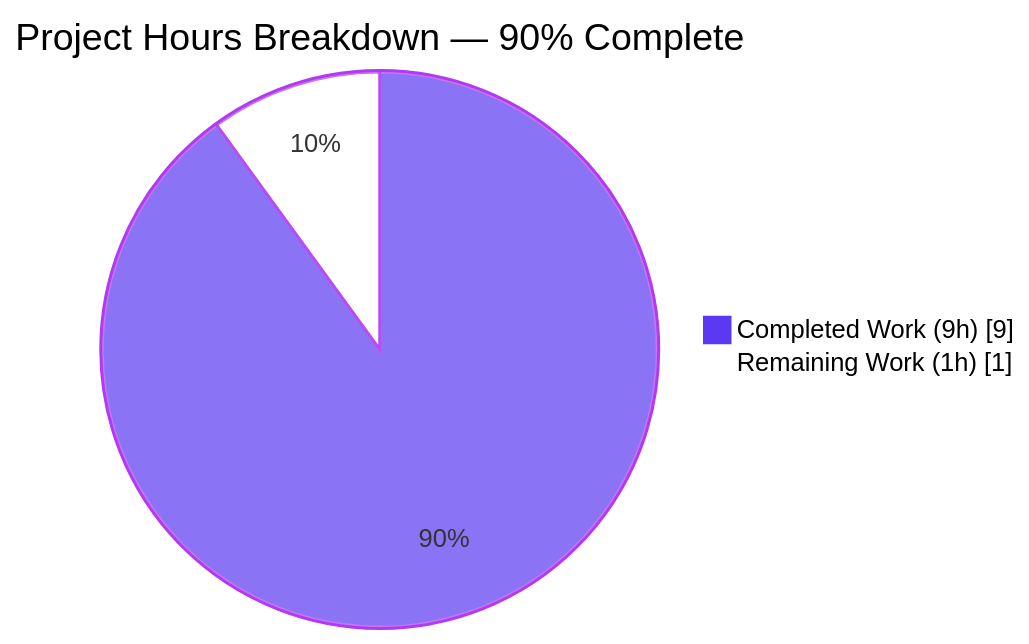
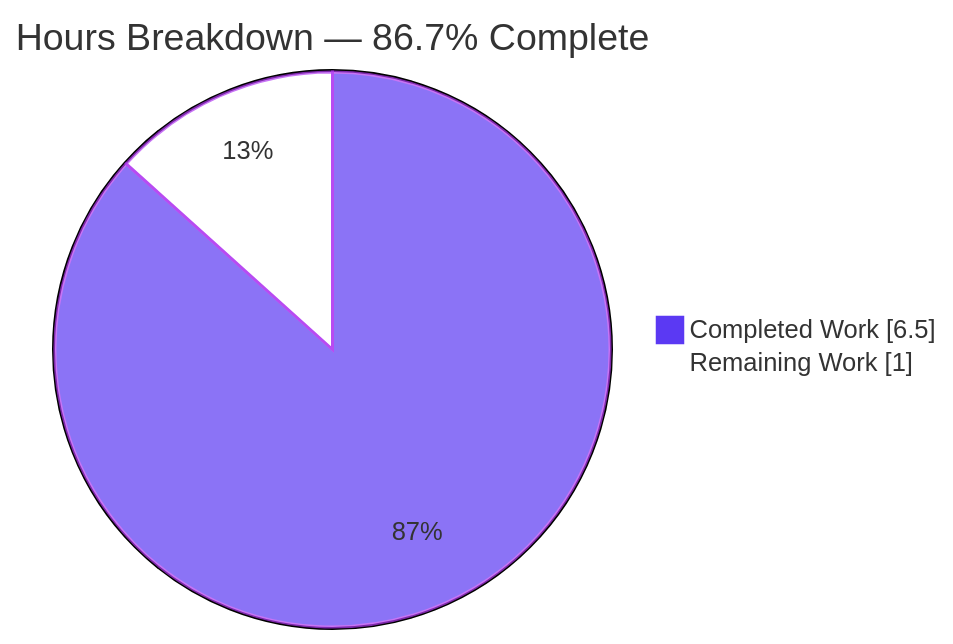
The second of 4 diagrams in blitzy/documentation/Project Guide.md (shaliniblitzy/Check11May), drawn with Mermaid before and after one commit. The commit also changed other lines of this file, not shown here.

Commit message:
Adding Blitzy Project Guide: Project Status and Human Tasks Remaining

````diff
--- a/blitzy/documentation/Project Guide.md
+++ b/blitzy/documentation/Project Guide.md
@@ -257,6 +222,6 @@
 ```mermaid
-%%{init: {"themeVariables": {"pie1": "#5B39F3", "pie2": "#FFFFFF", "pieStrokeColor": "#B23AF2", "pieOuterStrokeColor": "#B23AF2", "pieOuterStrokeWidth": "2px"}}}%%
-pie showData title Project Hours Breakdown — 90% Complete
-    "Completed Work (9h)" : 9
-    "Remaining Work (1h)" : 1
+%%{init: {'theme':'base', 'themeVariables': {'pie1': '#5B39F3', 'pie2': '#FFFFFF', 'pieStrokeColor': '#B23AF2', 'pieStrokeWidth': '2px'}}}%%
+pie showData title Hours Breakdown — 86.7% Complete
+    "Completed Work" : 6.5
+    "Remaining Work" : 1.0
 ```
````
